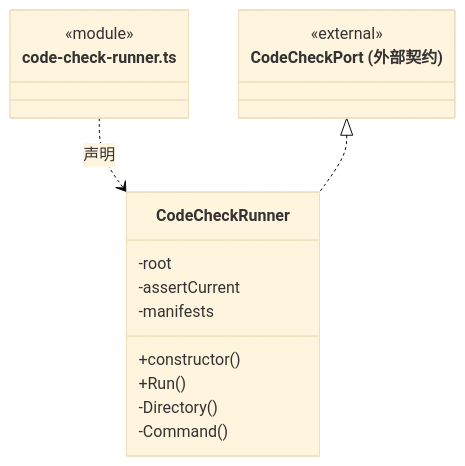
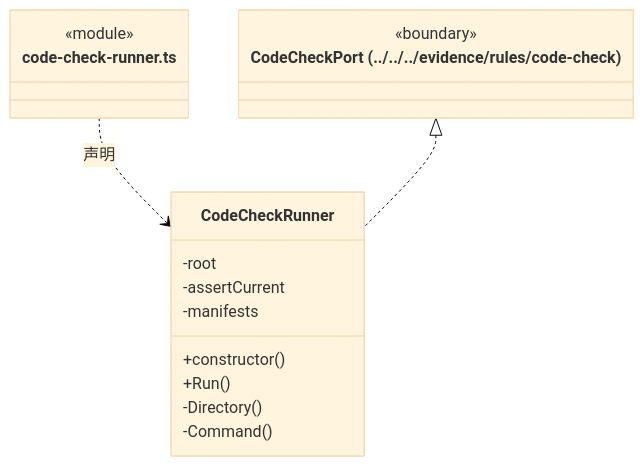
The third of 14 diagrams in src/logic/file-operations/platform/files/ARCHITECTURE.md (nan023062/cbim), drawn with Mermaid (base theme) before and after one commit. The commit also changed other lines of this file and 112 other files, not shown here.

Commit message:
docs: align source architecture with current declarations and contracts

````diff
--- a/src/logic/file-operations/platform/files/ARCHITECTURE.md
+++ b/src/logic/file-operations/platform/files/ARCHITECTURE.md
@@ -96,20 +96,20 @@
 ```mermaid
 classDiagram
 class N_src_logic_file_operations_platform_files_code_check_runner_ts["code-check-runner.ts"] {
   <<module>>
 }
 class N_src_logic_file_operations_platform_files_code_check_runner_ts_CodeCheckRunner["CodeCheckRunner"] {
   +constructor()
   +Run()
   -root
   -assertCurrent
   -manifests
   -Directory()
   -Command()
 }
 N_src_logic_file_operations_platform_files_code_check_runner_ts ..> N_src_logic_file_operations_platform_files_code_check_runner_ts_CodeCheckRunner : 声明
-class N_src_logic_file_operations_platform_files_code_check_runner_ts_external_CodeCheckPort["CodeCheckPort (外部契约)"] {
-  <<external>>
+class N_src_logic_file_operations_platform_files_code_check_runner_ts_external_CodeCheckPort["CodeCheckPort (../../../evidence/rules/code-check)"] {
+  <<boundary>>
 }
 N_src_logic_file_operations_platform_files_code_check_runner_ts_external_CodeCheckPort <|.. N_src_logic_file_operations_platform_files_code_check_runner_ts_CodeCheckRunner
 ```
````
